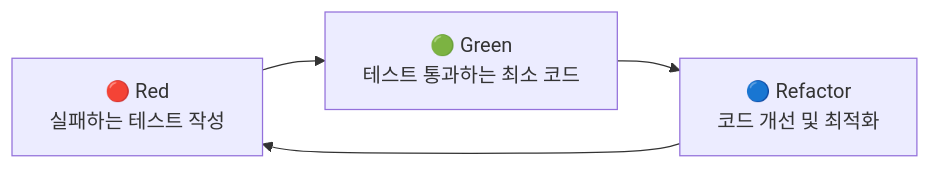
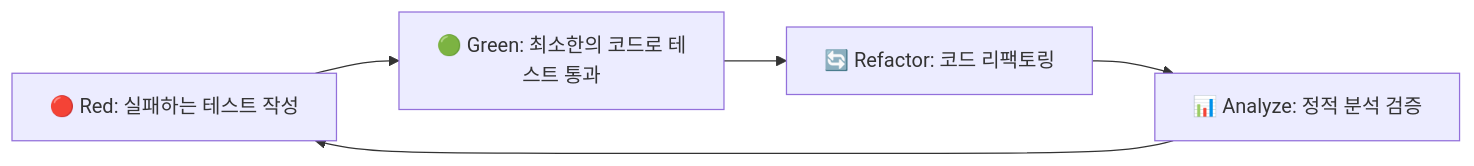
Before and after one commit to skyasu2/openmanager-vibe-v5: the diagram in docs/testing-guide.md, drawn with Mermaid. The commit also changed other lines of this file and 92 other files, not shown here.

````diff
--- a/docs/testing-guide.md
+++ b/docs/testing-guide.md
@@ -13,6 +150,7 @@
 ```mermaid
 graph LR
-    A[🔴 Red<br/>실패하는 테스트 작성] --> B[🟢 Green<br/>테스트 통과하는 최소 코드]
-    B --> C[🔵 Refactor<br/>코드 개선 및 최적화]
-    C --> A
+    A[🔴 Red: 실패하는 테스트 작성] --> B[🟢 Green: 최소한의 코드로 테스트 통과]
+    B --> C[🔄 Refactor: 코드 리팩토링]
+    C --> D[📊 Analyze: 정적 분석 검증]
+    D --> A
 ```
````
